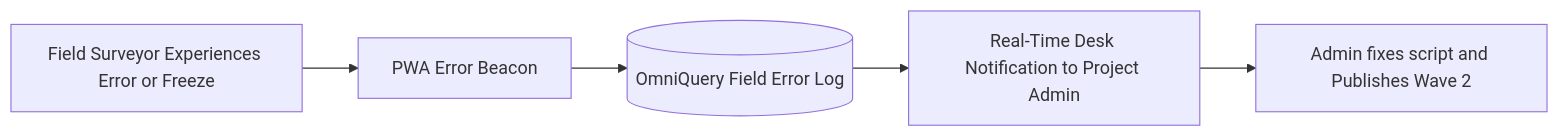
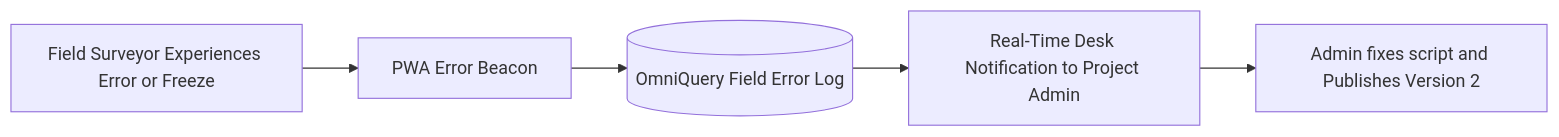
The fifth of 5 diagrams in ARCHITECTURE.md (OmmNoMi/omniquery), drawn with Mermaid before and after one commit. The commit also changed other lines of this file and 3 other files, not shown here.

````diff
--- a/ARCHITECTURE.md
+++ b/ARCHITECTURE.md
@@ -195,7 +195,7 @@
 ```mermaid
 flowchart LR
     Stuck["Field Surveyor Experiences Error or Freeze"] --> Beacon["PWA Error Beacon"]
     Beacon --> ServerLog[("OmniQuery Field Error Log")]
     ServerLog --> Alert["Real-Time Desk Notification to Project Admin"]
-    Alert --> Fix["Admin fixes script and Publishes Wave 2"]
+    Alert --> Fix["Admin fixes script and Publishes Version 2"]
 ```
````
